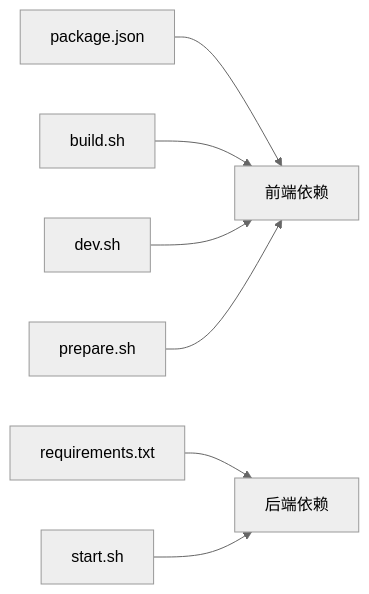
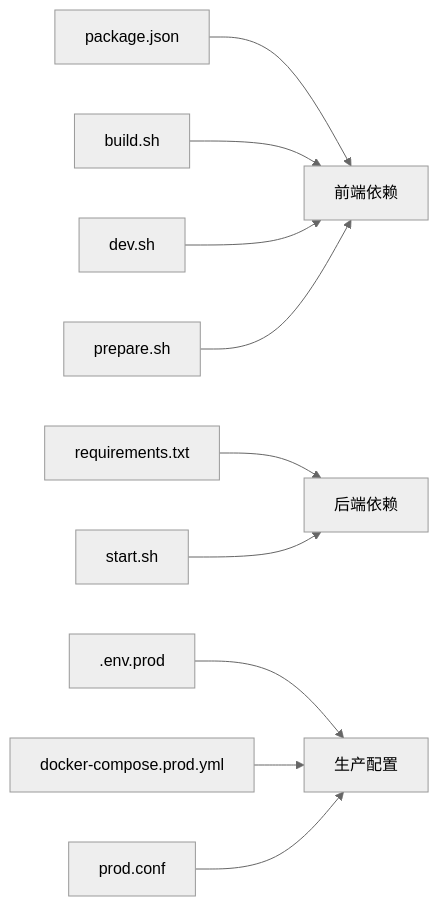
The seventh of 7 diagrams in .qoder/repowiki/zh/content/部署与运维/部署与运维.md (ghbbn053-ship-itsoulddog/soulddog), drawn with Mermaid (neutral theme) before and after one commit. The commit also changed other lines of this file and 119 other files, not shown here.

````diff
--- a/.qoder/repowiki/zh/content/部署与运维/部署与运维.md
+++ b/.qoder/repowiki/zh/content/部署与运维/部署与运维.md
@@ -240,9 +307,12 @@
 ```mermaid
 graph LR
 Pkg["package.json"] --> FE["前端依赖"]
 Req["requirements.txt"] --> BE["后端依赖"]
 Build["build.sh"] --> FE
 Dev["dev.sh"] --> FE
 Prep["prepare.sh"] --> FE
 Start["start.sh"] --> BE
+Env[".env.prod"] --> Prod["生产配置"]
+Compose["docker-compose.prod.yml"] --> Prod
+Nginx["prod.conf"] --> Prod
 ```
````
